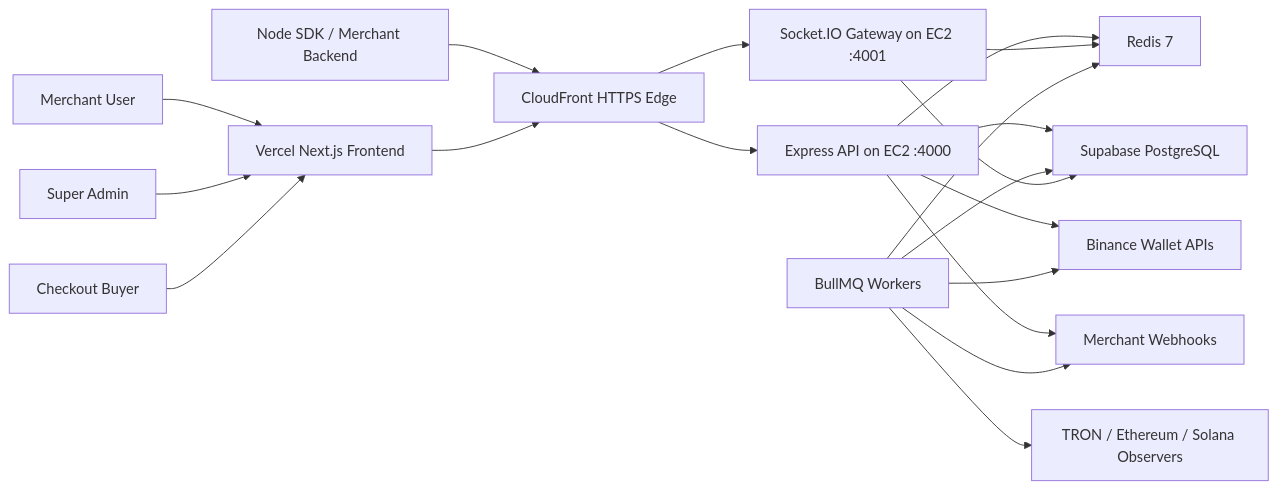
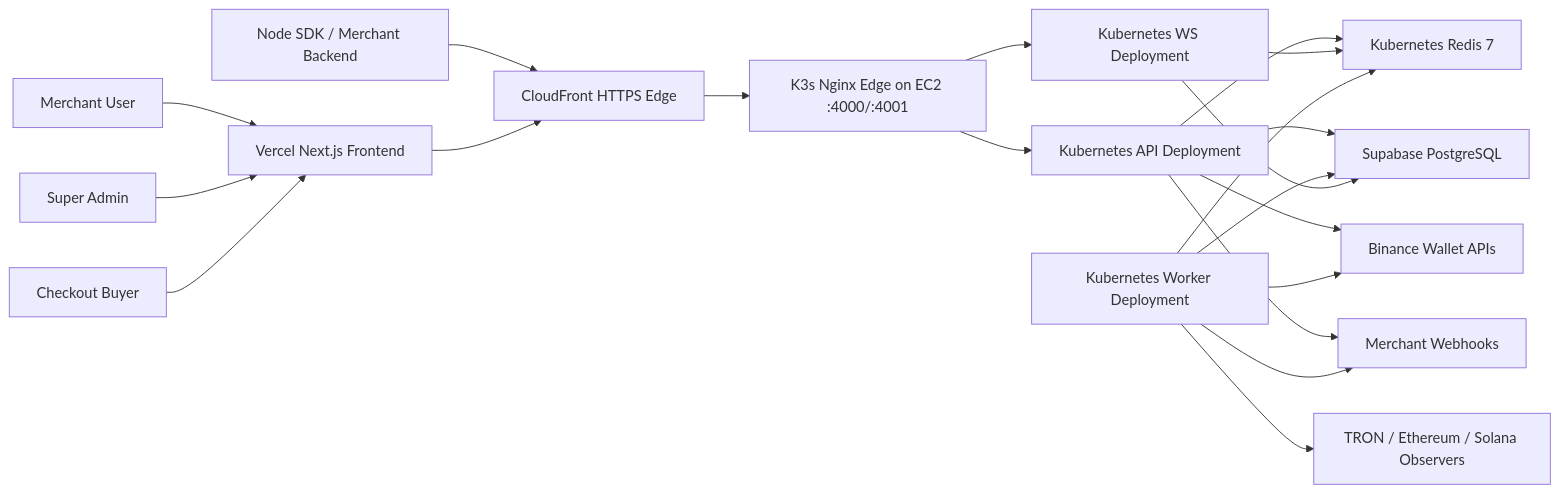
Before and after one commit to FluxxPG/Paycrypt: the diagram in README.md, drawn with Mermaid. The commit also changed other lines of this file and 148 other files, not shown here.

````diff
--- a/README.md
+++ b/README.md
@@ -75,27 +80,29 @@
 ```mermaid
 flowchart LR
     Merchant["Merchant User"] --> Web["Vercel Next.js Frontend"]
     Admin["Super Admin"] --> Web
     Buyer["Checkout Buyer"] --> Web
 
     SDK["Node SDK / Merchant Backend"] --> Edge["CloudFront HTTPS Edge"]
     Web --> Edge
 
-    Edge --> API["Express API on EC2 :4000"]
-    Edge --> WS["Socket.IO Gateway on EC2 :4001"]
+    Edge --> Nginx["K3s Nginx Edge on EC2 :4000/:4001"]
 
-    API --> Redis["Redis 7"]
+    Nginx --> API["Kubernetes API Deployment"]
+    Nginx --> WS["Kubernetes WS Deployment"]
+
+    API --> Redis["Kubernetes Redis 7"]
     WS --> Redis
-    Worker["BullMQ Workers"] --> Redis
+    Worker["Kubernetes Worker Deployment"] --> Redis
 
     API --> DB["Supabase PostgreSQL"]
     Worker --> DB
     WS --> DB
 
     API --> Binance["Binance Wallet APIs"]
     Worker --> Binance
     Worker --> Chains["TRON / Ethereum / Solana Observers"]
 
     API --> MerchantHooks["Merchant Webhooks"]
     Worker --> MerchantHooks
 ```
````
